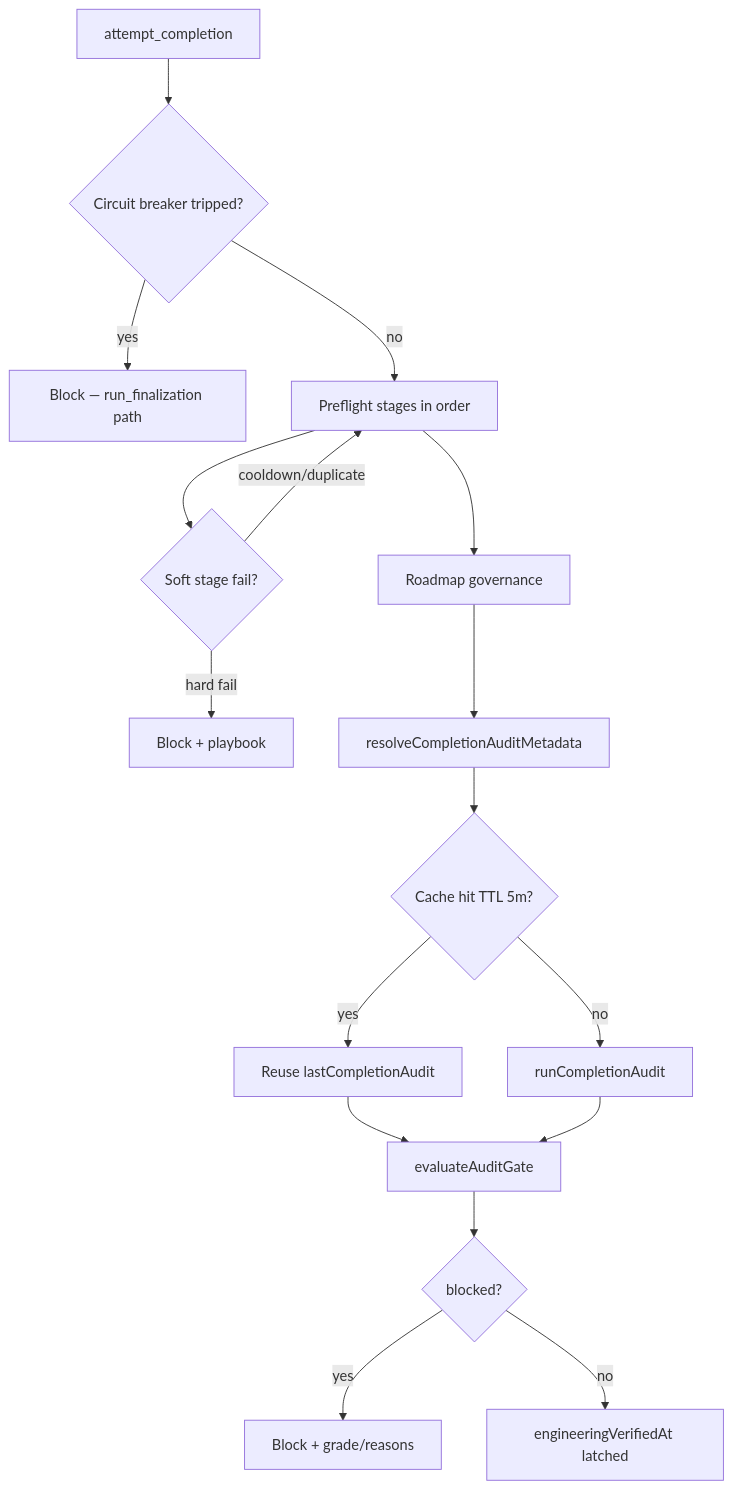
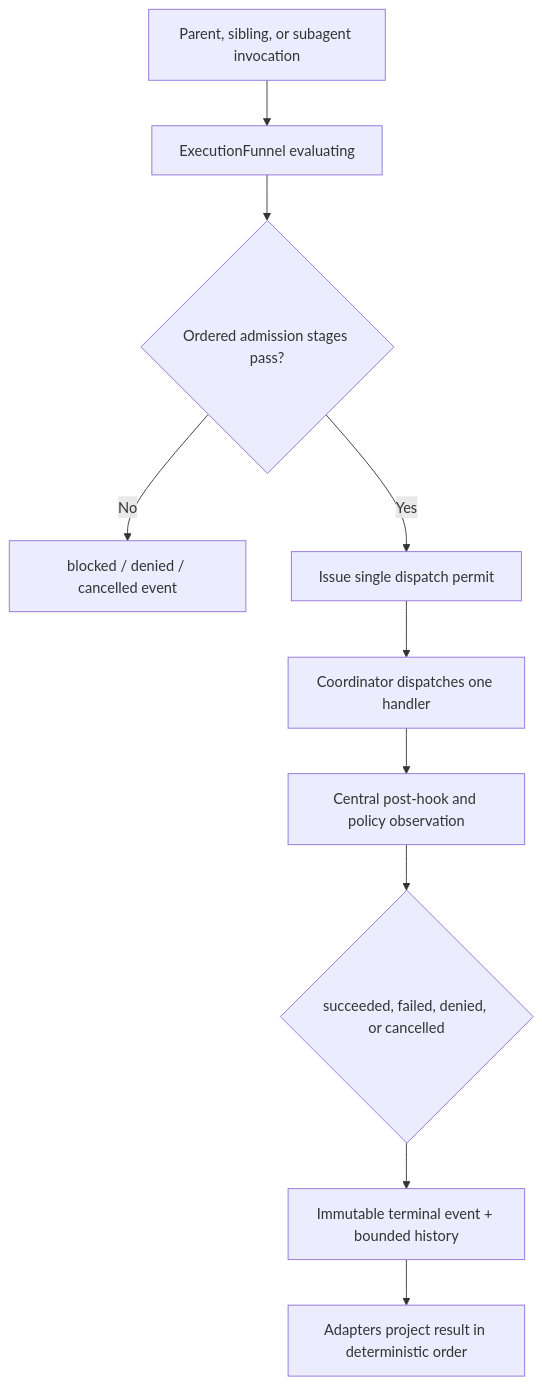
One commit to CardSorting/LUMI changed the diagram in docs/parent-thread-execution-authority.md. Above: the diagram before and after it, drawn with Mermaid. The commit also changed other lines of this file and 71 other files, not shown here.

Commit message:
feat: execution funnel rewrite

````diff
--- a/docs/parent-thread-execution-authority.md
+++ b/docs/parent-thread-execution-authority.md
@@ -136,19 +59,12 @@
 ```mermaid
 flowchart TD
-  A[attempt_completion] --> B{Circuit breaker tripped?}
-  B -->|yes| X[Block — run_finalization path]
-  B -->|no| C[Preflight stages in order]
-  C --> D{Soft stage fail?}
-  D -->|cooldown/duplicate| C
-  D -->|hard fail| X2[Block + playbook]
-  C --> E[Roadmap governance]
-  E --> F[resolveCompletionAuditMetadata]
-  F --> G{Cache hit TTL 5m?}
-  G -->|yes| H[Reuse lastCompletionAudit]
-  G -->|no| I[runCompletionAudit]
-  H --> J[evaluateAuditGate]
-  I --> J
-  J --> K{blocked?}
-  K -->|yes| X3[Block + grade/reasons]
-  K -->|no| L[engineeringVerifiedAt latched]
+  A[Parent, sibling, or subagent invocation] --> B[ExecutionFunnel evaluating]
+  B --> C{Ordered admission stages pass?}
+  C -->|No| D[blocked / denied / cancelled event]
+  C -->|Yes| E[Issue single dispatch permit]
+  E --> F[Coordinator dispatches one handler]
+  F --> G[Central post-hook and policy observation]
+  G --> H{succeeded, failed, denied, or cancelled}
+  H --> I[Immutable terminal event + bounded history]
+  I --> J[Adapters project result in deterministic order]
 ```
````
